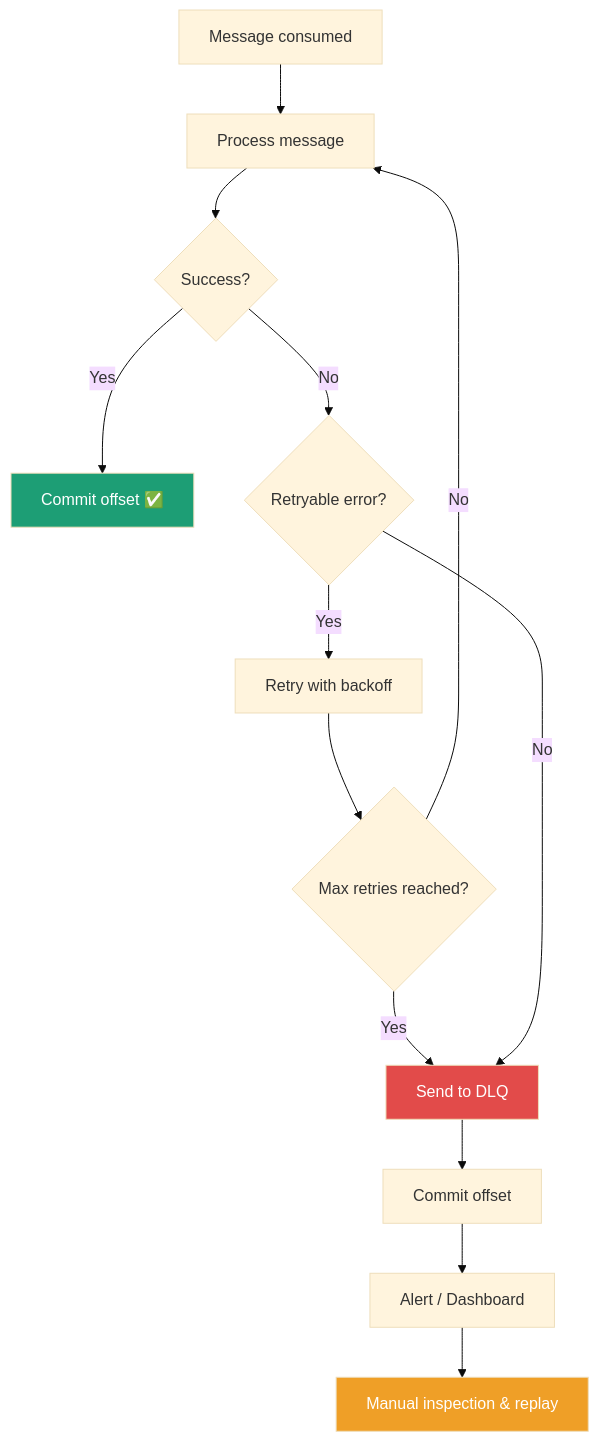
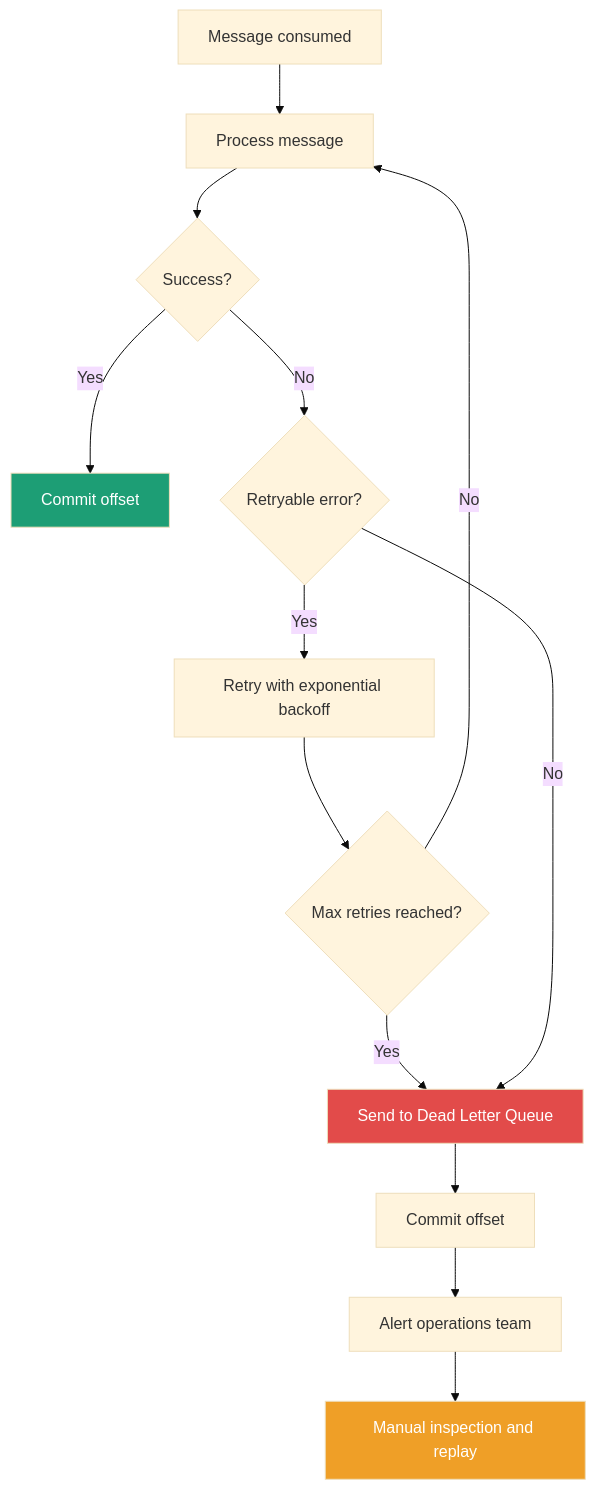
Before and after one commit to rahulsaxena23-code/best-practice: diagram 11 of 18 in kakfa/kafka_best_practices.md, drawn with Mermaid (base theme). The commit also changed other lines of this file, not shown here.

````diff
--- a/kakfa/kafka_best_practices.md
+++ b/kakfa/kafka_best_practices.md
@@ -618,19 +548,19 @@
 ```mermaid
-graph TD
+flowchart TD
     A[Message consumed] --> B[Process message]
     B --> C{Success?}
-    C -- Yes --> D[Commit offset ✅]
+    C -- Yes --> D[Commit offset]
     C -- No --> E{Retryable error?}
-    E -- Yes --> F[Retry with backoff]
+    E -- Yes --> F[Retry with exponential backoff]
     F --> G{Max retries reached?}
     G -- No --> B
-    G -- Yes --> H[Send to DLQ]
+    G -- Yes --> H[Send to Dead Letter Queue]
     E -- No --> H
     H --> I[Commit offset]
-    I --> J[Alert / Dashboard]
-    J --> K[Manual inspection & replay]
+    I --> J[Alert operations team]
+    J --> K[Manual inspection and replay]
 
     style D fill:#1D9E75,color:#fff
     style H fill:#E24B4A,color:#fff
     style K fill:#EF9F27,color:#fff
 ```
````
